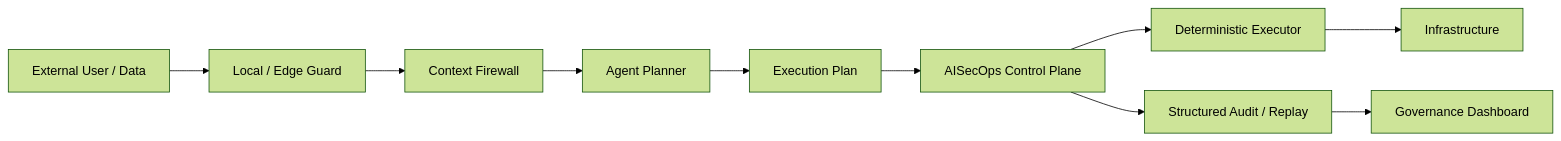
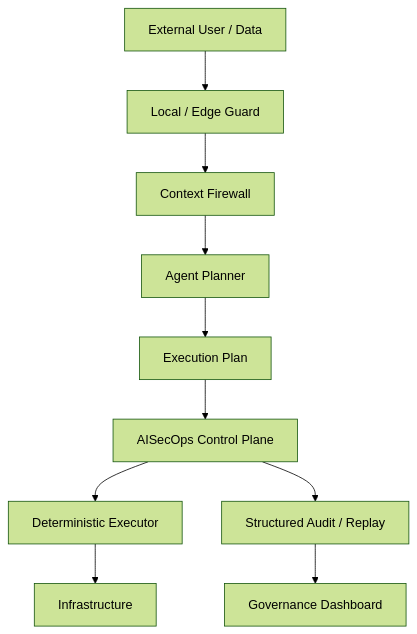
Before and after one commit to viplavfauzdar/aisecops-site: the fourth of 7 diagrams in src/content/whitepapers/aisecops-v0.1.md, drawn with Mermaid (forest theme). The commit also changed other lines of this file and 13 other files, not shown here.

````diff
--- a/src/content/whitepapers/aisecops-v0.1.md
+++ b/src/content/whitepapers/aisecops-v0.1.md
@@ -684,12 +910,23 @@
 ```mermaid
-flowchart LR
-  EXT[External User / Data] --> EDGE[Local / Edge Guard]
-  EDGE --> CF[Context Firewall]
-  CF --> AR[Agent Planner]
-  AR --> PLAN[Execution Plan]
-  PLAN --> CP[AISecOps Control Plane]
-  CP --> EXE[Deterministic Executor]
-  EXE --> INF[Infrastructure]
-  CP --> OBS[Structured Audit / Replay]
-  OBS --> GOV[Governance Dashboard]
+flowchart TB
+  EXT[External User / Data]
+  EDGE[Local / Edge Guard]
+  CF[Context Firewall]
+  AR[Agent Planner]
+  PLAN[Execution Plan]
+  CP[AISecOps Control Plane]
+  EXE[Deterministic Executor]
+  INF[Infrastructure]
+  OBS[Structured Audit / Replay]
+  GOV[Governance Dashboard]
+
+  EXT --> EDGE
+  EDGE --> CF
+  CF --> AR
+  AR --> PLAN
+  PLAN --> CP
+  CP --> EXE
+  EXE --> INF
+  CP --> OBS
+  OBS --> GOV
 ```
````
